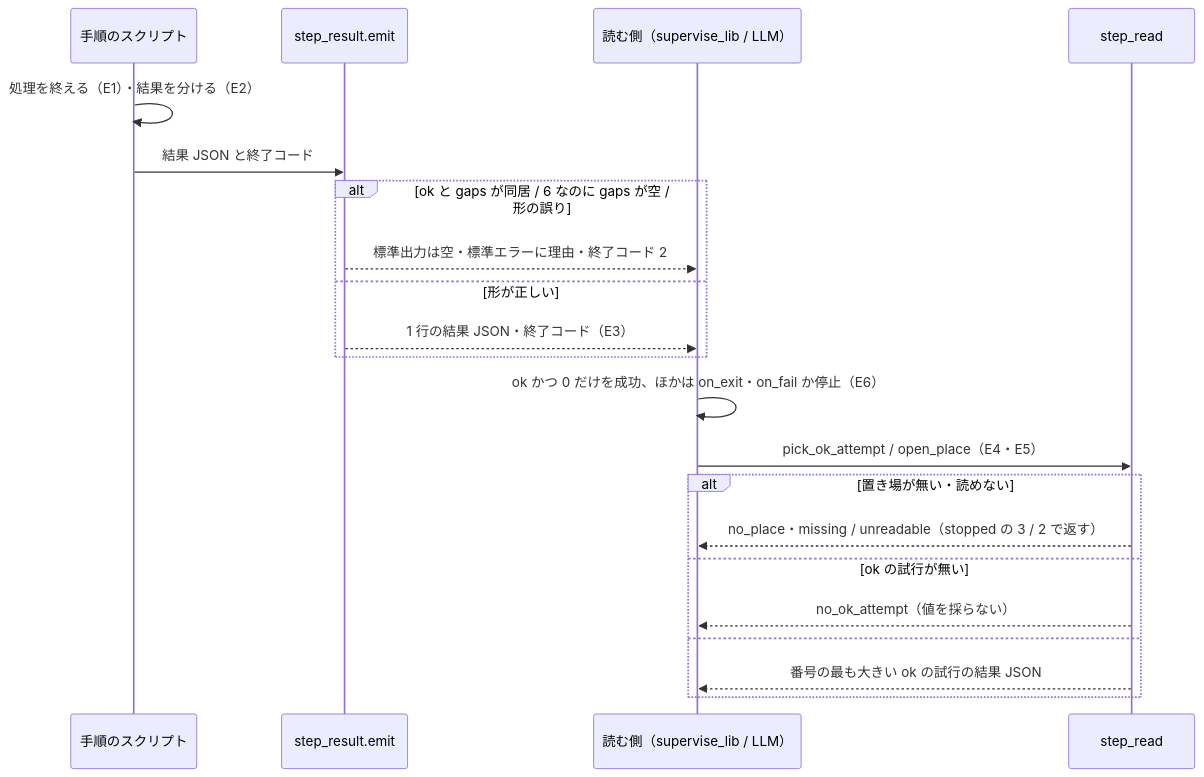
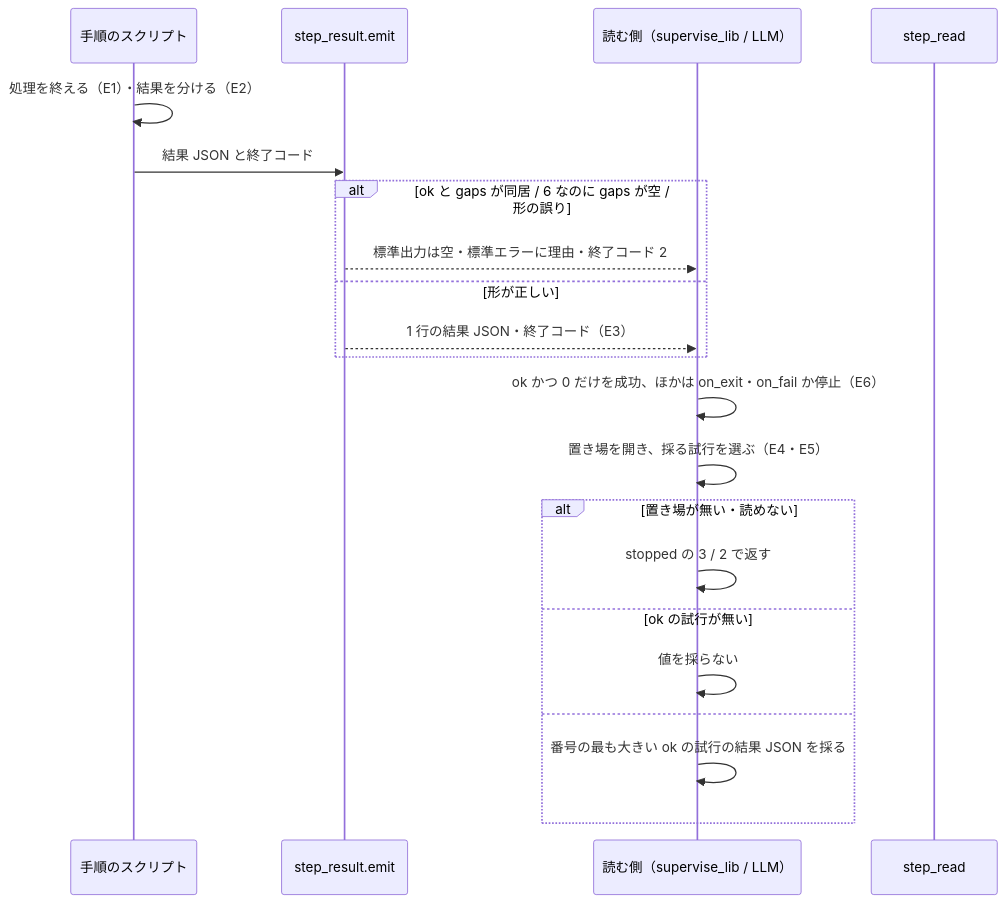
One commit to devbasex/ai-plugins changed the third of 4 diagrams in docs/specifications/ndf-step-result-gaps-and-reading.md. Above: the diagram before and after it, drawn with Mermaid. The commit also changed other lines of this file and 5 other files, not shown here.

````diff
--- a/docs/specifications/ndf-step-result-gaps-and-reading.md
+++ b/docs/specifications/ndf-step-result-gaps-and-reading.md
@@ -283,23 +259,23 @@
 ```mermaid
 sequenceDiagram
   participant S as 手順のスクリプト
   participant E as step_result.emit
   participant R as 読む側（supervise_lib / LLM）
   participant P as step_read
   S->>S: 処理を終える（E1）・結果を分ける（E2）
   S->>E: 結果 JSON と終了コード
   alt ok と gaps が同居 / 6 なのに gaps が空 / 形の誤り
     E-->>R: 標準出力は空・標準エラーに理由・終了コード 2
   else 形が正しい
     E-->>R: 1 行の結果 JSON・終了コード（E3）
   end
   R->>R: ok かつ 0 だけを成功、ほかは on_exit・on_fail か停止（E6）
-  R->>P: pick_ok_attempt / open_place（E4・E5）
+  R->>R: 置き場を開き、採る試行を選ぶ（E4・E5）
   alt 置き場が無い・読めない
-    P-->>R: no_place・missing / unreadable（stopped の 3 / 2 で返す）
+    R->>R: stopped の 3 / 2 で返す
   else ok の試行が無い
-    P-->>R: no_ok_attempt（値を採らない）
+    R->>R: 値を採らない
   else
-    P-->>R: 番号の最も大きい ok の試行の結果 JSON
+    R->>R: 番号の最も大きい ok の試行の結果 JSON を採る
   end
 ```
````
